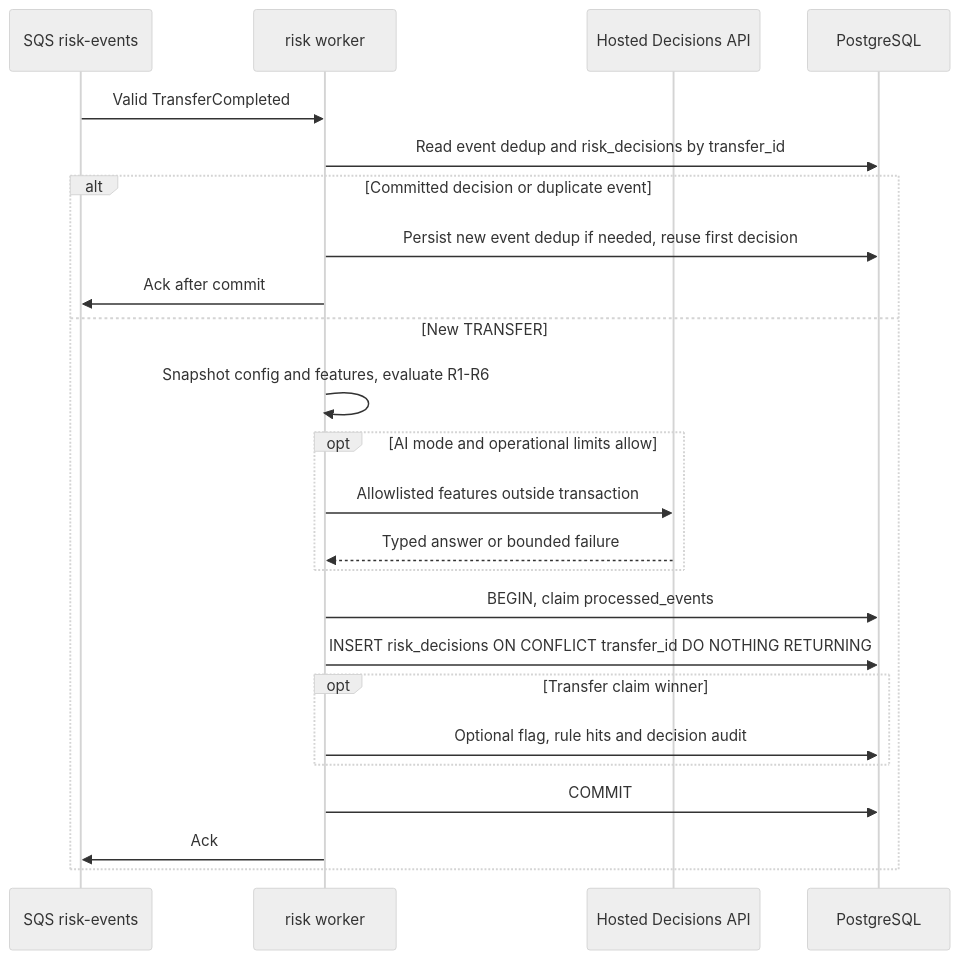
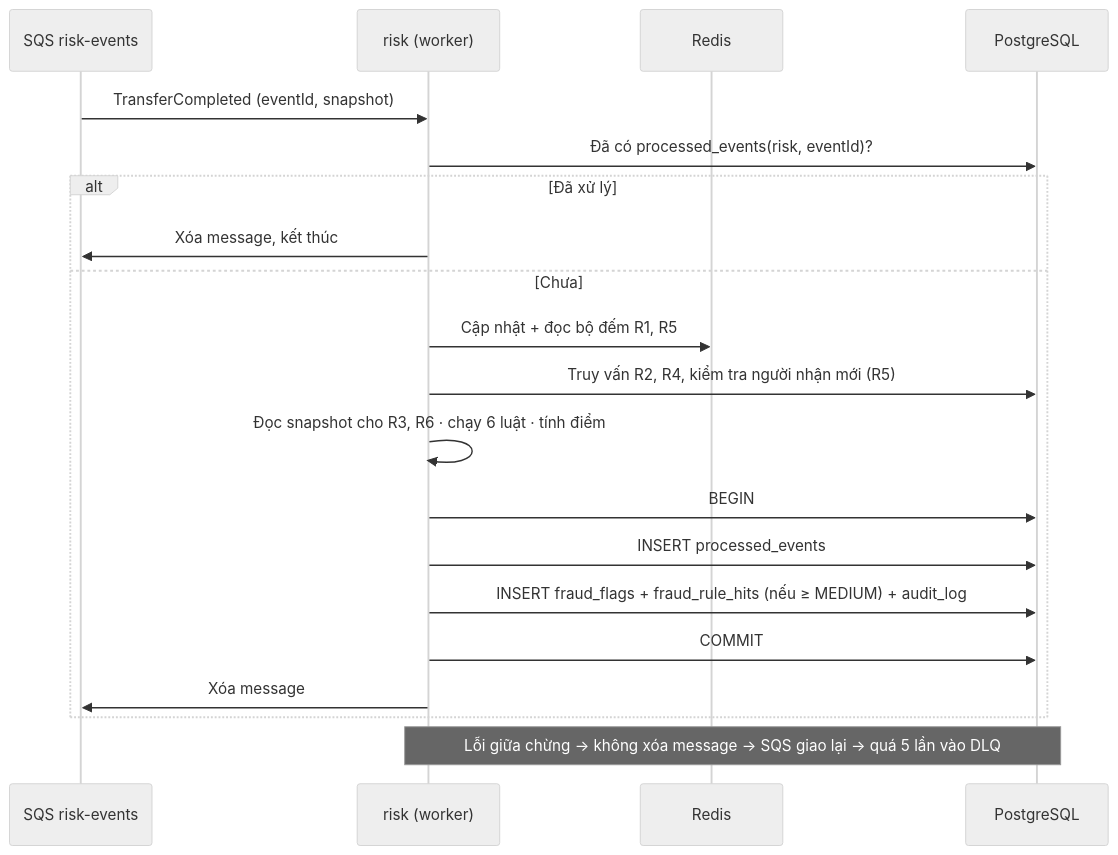
Before and after one commit to Lawliet119/digital-banking-simulator: the third of 4 diagrams in docs/components/risk/FRAUD_DETECTION_GUIDE.md, drawn with Mermaid (neutral theme). The commit also changed other lines of this file and 7 other files, not shown here.

````diff
--- a/docs/components/risk/FRAUD_DETECTION_GUIDE.md
+++ b/docs/components/risk/FRAUD_DETECTION_GUIDE.md
@@ -277,26 +282,23 @@
 ```mermaid
 sequenceDiagram
     participant Q as SQS risk-events
-    participant W as risk worker
-    participant P as Hosted Decisions API
+    participant W as risk (worker)
+    participant R as Redis
     participant DB as PostgreSQL
-    Q->>W: Valid TransferCompleted
-    W->>DB: Read event dedup and risk_decisions by transfer_id
-    alt Committed decision or duplicate event
-        W->>DB: Persist new event dedup if needed, reuse first decision
-        W->>Q: Ack after commit
-    else New TRANSFER
-        W->>W: Snapshot config and features, evaluate R1-R6
-        opt AI mode and operational limits allow
-            W->>P: Allowlisted features outside transaction
-            P-->>W: Typed answer or bounded failure
-        end
-        W->>DB: BEGIN, claim processed_events
-        W->>DB: INSERT risk_decisions ON CONFLICT transfer_id DO NOTHING RETURNING
-        opt Transfer claim winner
-            W->>DB: Optional flag, rule hits and decision audit
-        end
+
+    Q->>W: TransferCompleted (eventId, snapshot)
+    W->>DB: Đã có processed_events(risk, eventId)?
+    alt Đã xử lý
+        W->>Q: Xóa message, kết thúc
+    else Chưa
+        W->>R: Cập nhật + đọc bộ đếm R1, R5
+        W->>DB: Truy vấn R2, R4, kiểm tra người nhận mới (R5)
+        W->>W: Đọc snapshot cho R3, R6 · chạy 6 luật · tính điểm
+        W->>DB: BEGIN
+        W->>DB: INSERT processed_events
+        W->>DB: INSERT fraud_flags + fraud_rule_hits (nếu ≥ MEDIUM) + audit_log
         W->>DB: COMMIT
-        W->>Q: Ack
+        W->>Q: Xóa message
     end
+    Note over W,DB: Lỗi giữa chừng → không xóa message → SQS giao lại → quá 5 lần vào DLQ
 ```
````
